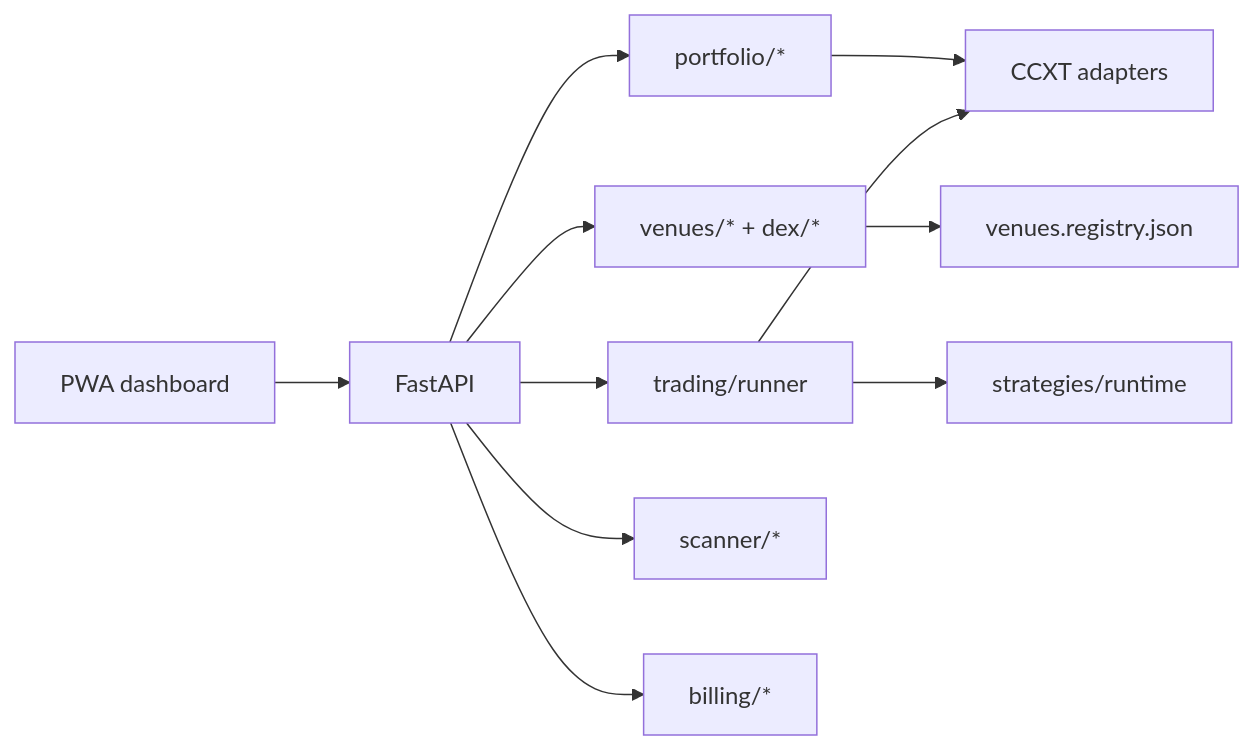
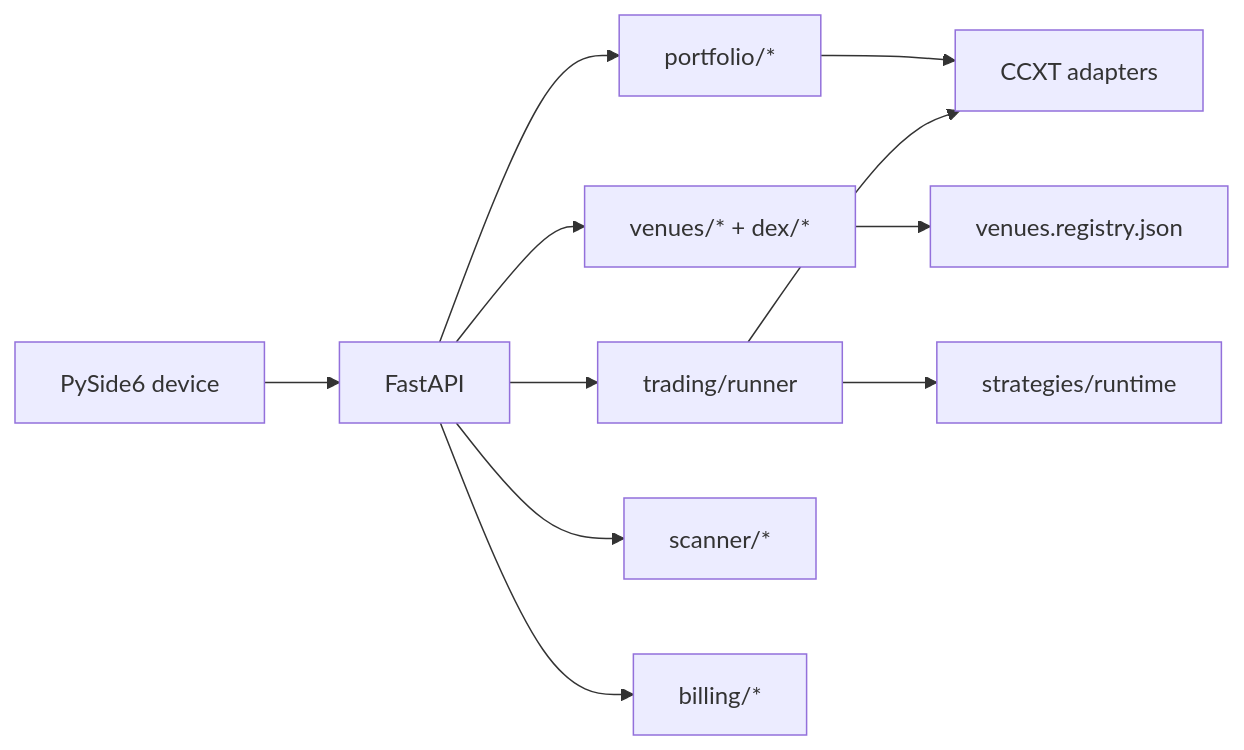
One commit to edwardlthompson/trendalgo-bot changed the diagram in README.md. Above: the diagram before and after it, drawn with Mermaid. The commit also changed other lines of this file and 44 other files, not shown here.

````diff
--- a/README.md
+++ b/README.md
@@ -280,14 +266,14 @@
 ```mermaid
 flowchart LR
-  PWA[PWA dashboard] --> API[FastAPI]
+  Device[PySide6 device] --> API[FastAPI]
   API --> Portfolio[portfolio/*]
   API --> Venues[venues/* + dex/*]
   API --> Runner[trading/runner]
   API --> Scanner[scanner/*]
   API --> Billing[billing/*]
   Portfolio --> CCXT[CCXT adapters]
   Venues --> Registry[venues.registry.json]
   Runner --> CCXT
   Runner --> Strategies[strategies/runtime]
 
 ```
````
